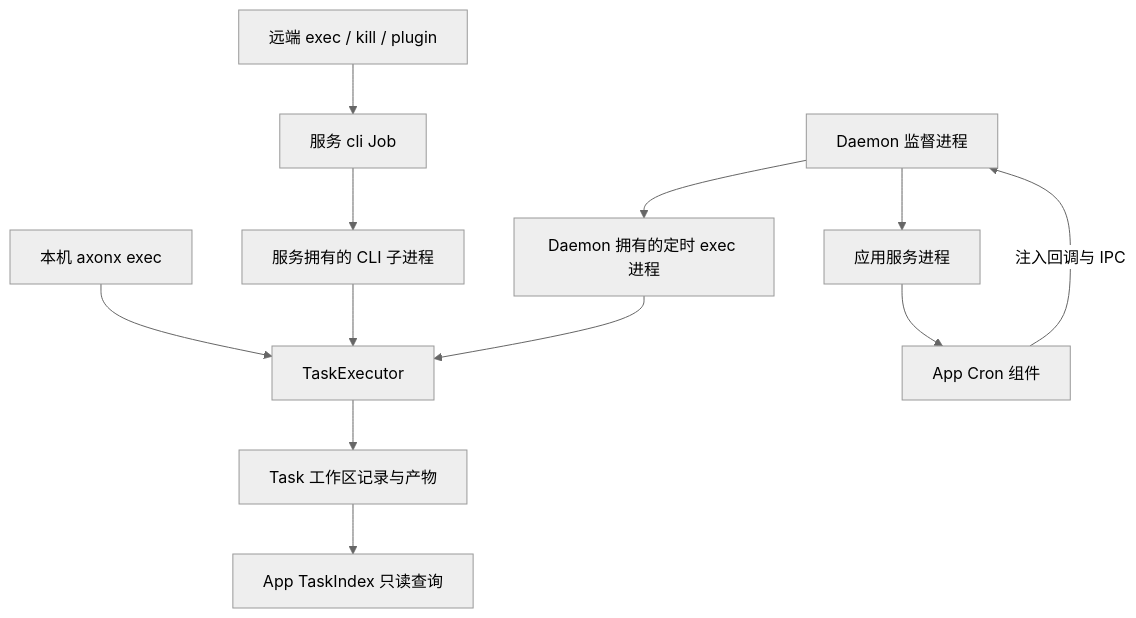
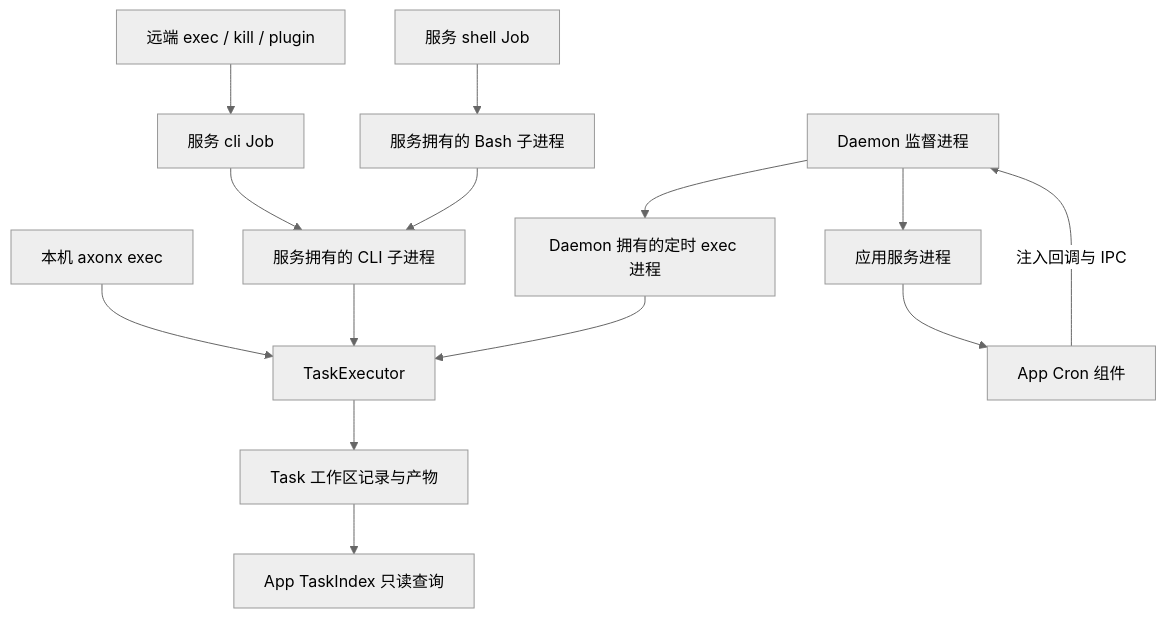
Before and after one commit to FlowLLM-AI/AxonX: the second of 2 diagrams in module-dependencies.md, drawn with Mermaid (neutral theme). The commit also changed other lines of this file and 24 other files, not shown here.

````diff
--- a/module-dependencies.md
+++ b/module-dependencies.md
@@ -33,14 +33,16 @@
 ```mermaid
 flowchart TD
     local[本机 axonx exec] --> executor[TaskExecutor]
     remote[远端 exec / kill / plugin] --> job[服务 cli Job]
     job --> manual[服务拥有的 CLI 子进程]
+    shell[服务 shell Job] --> bash[服务拥有的 Bash 子进程]
+    bash --> manual
     manual --> executor
     supervisor[Daemon 监督进程] --> service[应用服务进程]
     service --> cron[App Cron 组件]
     cron -->|注入回调与 IPC| supervisor
     supervisor --> scheduled[Daemon 拥有的定时 exec 进程]
     scheduled --> executor
     executor --> records[Task 工作区记录与产物]
     records --> index[App TaskIndex 只读查询]
 ```
````
